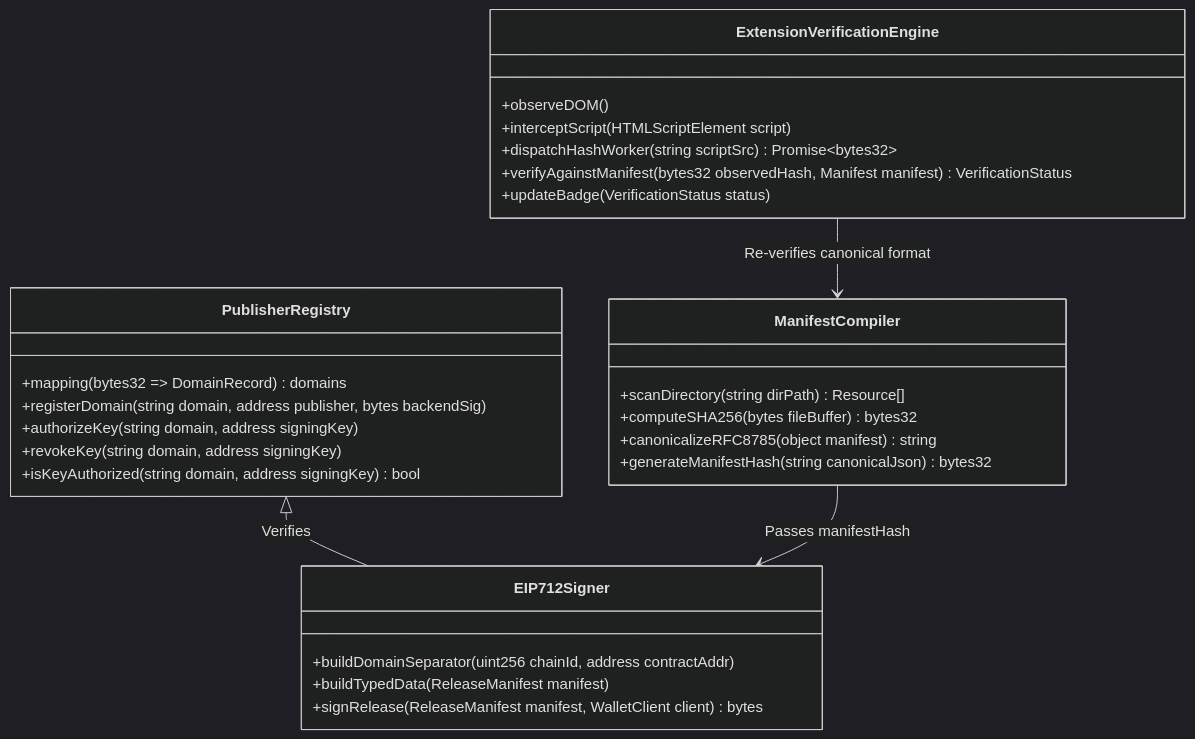
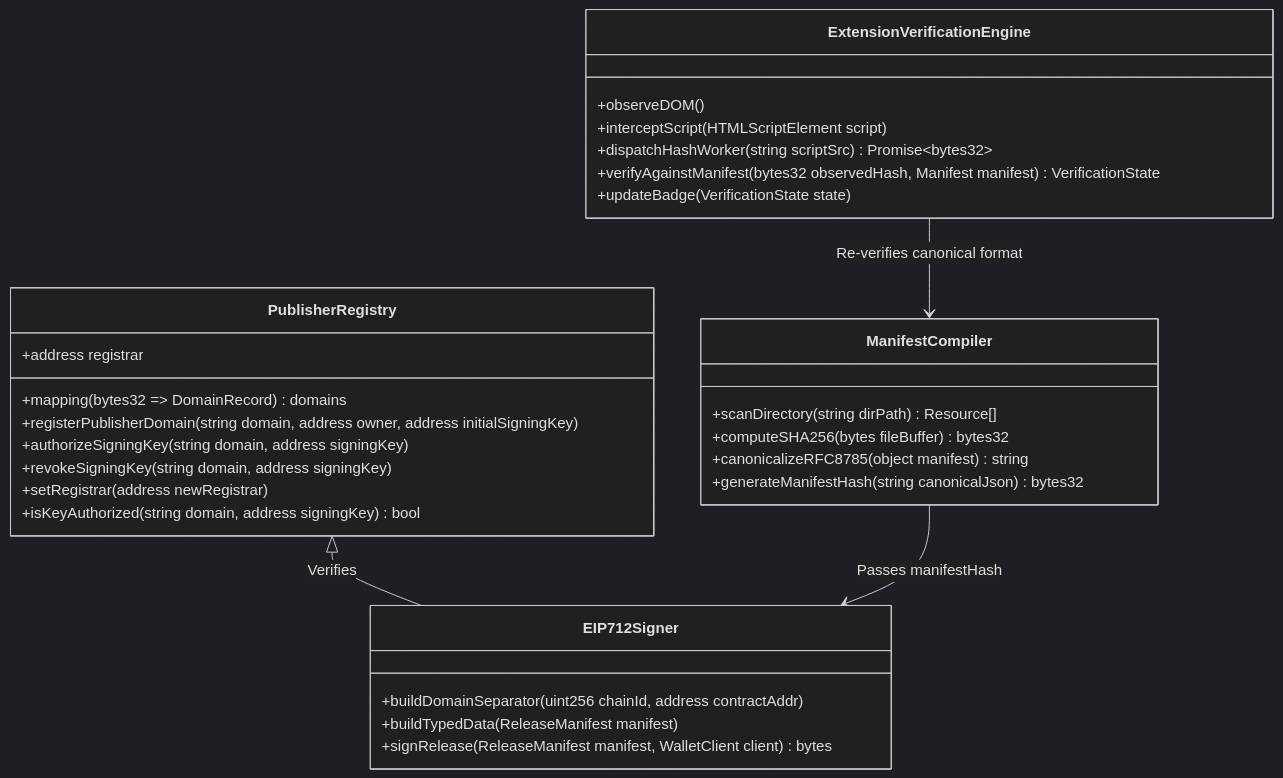
The diagram in docs/03-architecture/LOW_LEVEL_DESIGN.md (MustafaPinjari/LUCENTRA), drawn with Mermaid (dark theme) before and after one commit. The commit also changed other lines of this file and 181 other files, not shown here.

````diff
--- a/docs/03-architecture/LOW_LEVEL_DESIGN.md
+++ b/docs/03-architecture/LOW_LEVEL_DESIGN.md
@@ -18,35 +18,37 @@
 ```mermaid
 classDiagram
     class PublisherRegistry {
         +mapping(bytes32 => DomainRecord) domains
-        +registerDomain(string domain, address publisher, bytes backendSig)
-        +authorizeKey(string domain, address signingKey)
-        +revokeKey(string domain, address signingKey)
+        +address registrar
+        +registerPublisherDomain(string domain, address owner, address initialSigningKey)
+        +authorizeSigningKey(string domain, address signingKey)
+        +revokeSigningKey(string domain, address signingKey)
+        +setRegistrar(address newRegistrar)
         +isKeyAuthorized(string domain, address signingKey) bool
     }
 
     class ManifestCompiler {
         +scanDirectory(string dirPath) Resource[]
         +computeSHA256(bytes fileBuffer) bytes32
         +canonicalizeRFC8785(object manifest) string
         +generateManifestHash(string canonicalJson) bytes32
     }
 
     class EIP712Signer {
         +buildDomainSeparator(uint256 chainId, address contractAddr)
         +buildTypedData(ReleaseManifest manifest)
         +signRelease(ReleaseManifest manifest, WalletClient client) bytes
     }
 
     class ExtensionVerificationEngine {
         +observeDOM()
         +interceptScript(HTMLScriptElement script)
         +dispatchHashWorker(string scriptSrc) Promise~bytes32~
-        +verifyAgainstManifest(bytes32 observedHash, Manifest manifest) VerificationStatus
-        +updateBadge(VerificationStatus status)
+        +verifyAgainstManifest(bytes32 observedHash, Manifest manifest) VerificationState
+        +updateBadge(VerificationState state)
     }
 
     PublisherRegistry <|-- EIP712Signer : Verifies
     ManifestCompiler --> EIP712Signer : Passes manifestHash
     ExtensionVerificationEngine --> ManifestCompiler : Re-verifies canonical format
 ```
````
